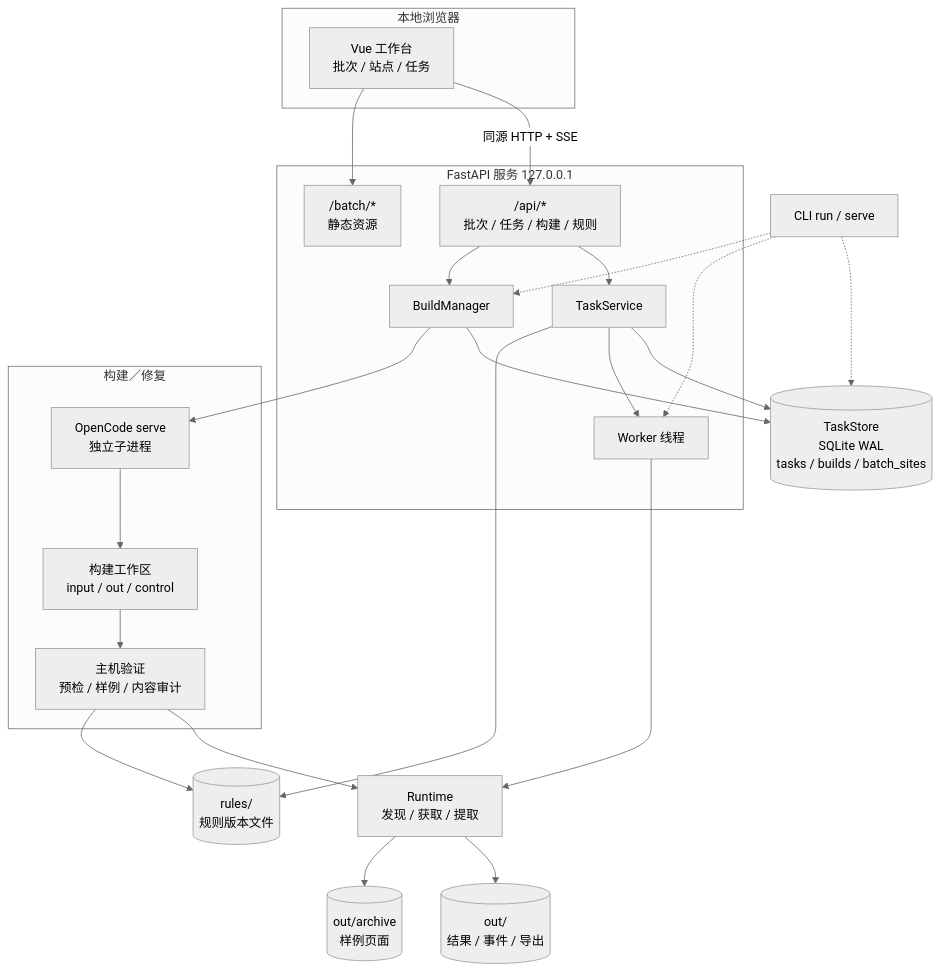
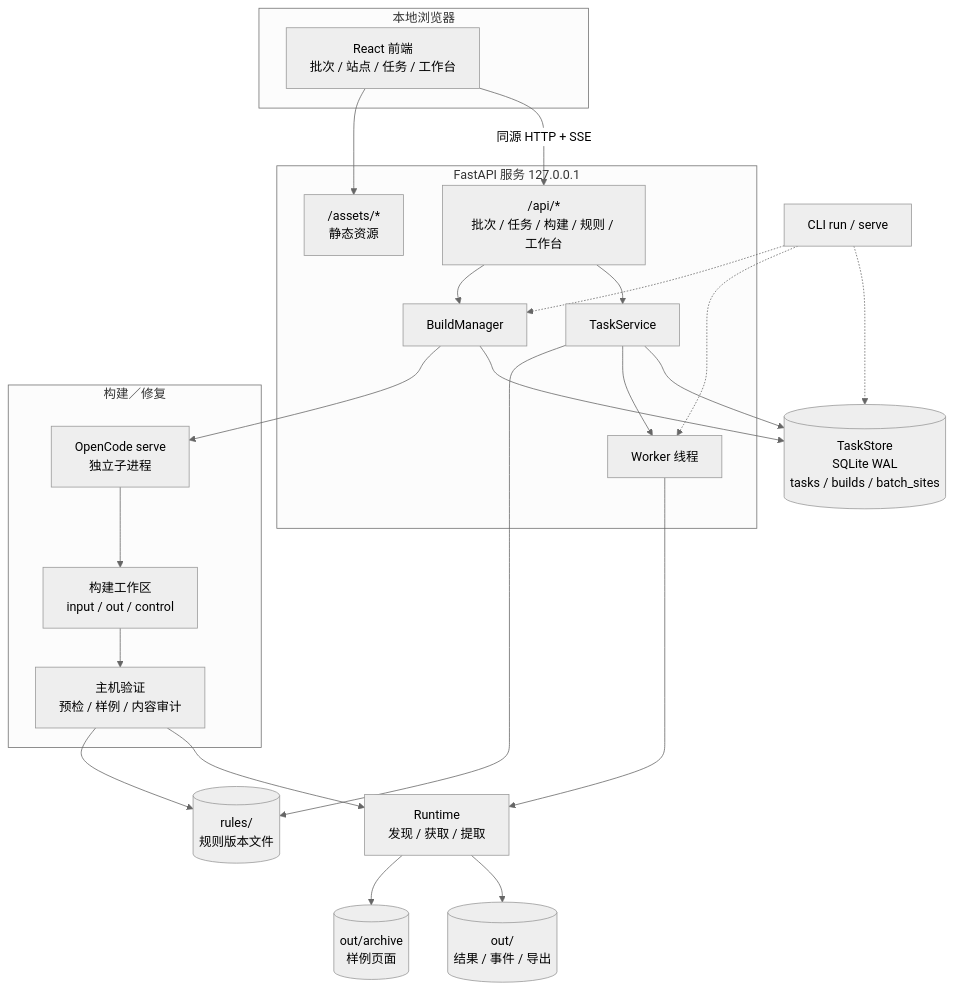
One commit to xuchaoxin1375/ai-ecom-crawler changed the diagram in docs/26-D08任务服务与界面设计.md. Above: the diagram before and after it, drawn with Mermaid (neutral theme). The commit also changed other lines of this file and 4 other files, not shown here.

````diff
--- a/docs/26-D08任务服务与界面设计.md
+++ b/docs/26-D08任务服务与界面设计.md
@@ -77,43 +77,43 @@
 ```mermaid
 flowchart TB
     subgraph CLIENT["本地浏览器"]
-        FE["Vue 工作台<br/>批次 / 站点 / 任务"]
+        FE["React 前端<br/>批次 / 站点 / 任务 / 工作台"]
     end
     subgraph SERVICE["FastAPI 服务 127.0.0.1"]
-        API["/api/*<br/>批次 / 任务 / 构建 / 规则"]
-        STATIC["/batch/*<br/>静态资源"]
+        API["/api/*<br/>批次 / 任务 / 构建 / 规则 / 工作台"]
+        STATIC["/assets/*<br/>静态资源"]
         TS["TaskService"]
         BM["BuildManager"]
         W["Worker 线程"]
     end
     subgraph BUILDRUN["构建／修复"]
         OC["OpenCode serve<br/>独立子进程"]
         WS["构建工作区<br/>input / out / control"]
         VAL["主机验证<br/>预检 / 样例 / 内容审计"]
     end
     STORE[("TaskStore<br/>SQLite WAL<br/>tasks / builds / batch_sites")]
     RULES[("rules/<br/>规则版本文件")]
     OUT[("out/<task_id><br/>结果 / 事件 / 导出")]
     ARCH[("out/archive<br/>样例页面")]
     RUNTIME["Runtime<br/>发现 / 获取 / 提取"]
 
     FE -->|"同源 HTTP + SSE"| API
     FE --> STATIC
     API --> TS
     API --> BM
     TS --> STORE
     TS --> W
     W --> RUNTIME
     RUNTIME --> OUT
     RUNTIME --> ARCH
     BM --> STORE
     BM --> OC
     OC --> WS
     WS --> VAL
     VAL --> RUNTIME
     VAL --> RULES
     TS --> RULES
     CLI["CLI run / serve"] -.-> STORE
     CLI -.-> W
     CLI -.-> BM
 ```
````
